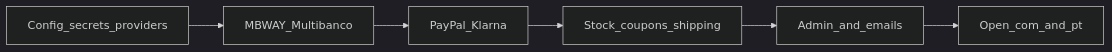
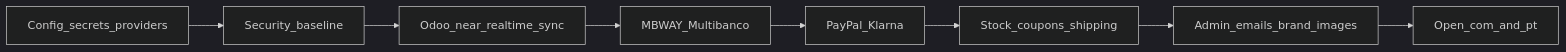
One commit to Tiago-Domingues/jhonny_ai changed the diagram in docs/website-launch-status.md. Above: the diagram before and after it, drawn with Mermaid (dark theme). The commit also changed other lines of this file and 9 other files, not shown here.

````diff
--- a/docs/website-launch-status.md
+++ b/docs/website-launch-status.md
@@ -160,10 +208,12 @@
 ```mermaid
 flowchart LR
   config[Config_secrets_providers]
+  security[Security_baseline]
+  odooSync[Odoo_near_realtime_sync]
   ptPay[MBWAY_Multibanco]
   intlPay[PayPal_Klarna]
   rules[Stock_coupons_shipping]
-  ops[Admin_and_emails]
+  ops[Admin_emails_brand_images]
   domains[Open_com_and_pt]
-  config --> ptPay --> intlPay --> rules --> ops --> domains
+  config --> security --> odooSync --> ptPay --> intlPay --> rules --> ops --> domains
 ```
````
